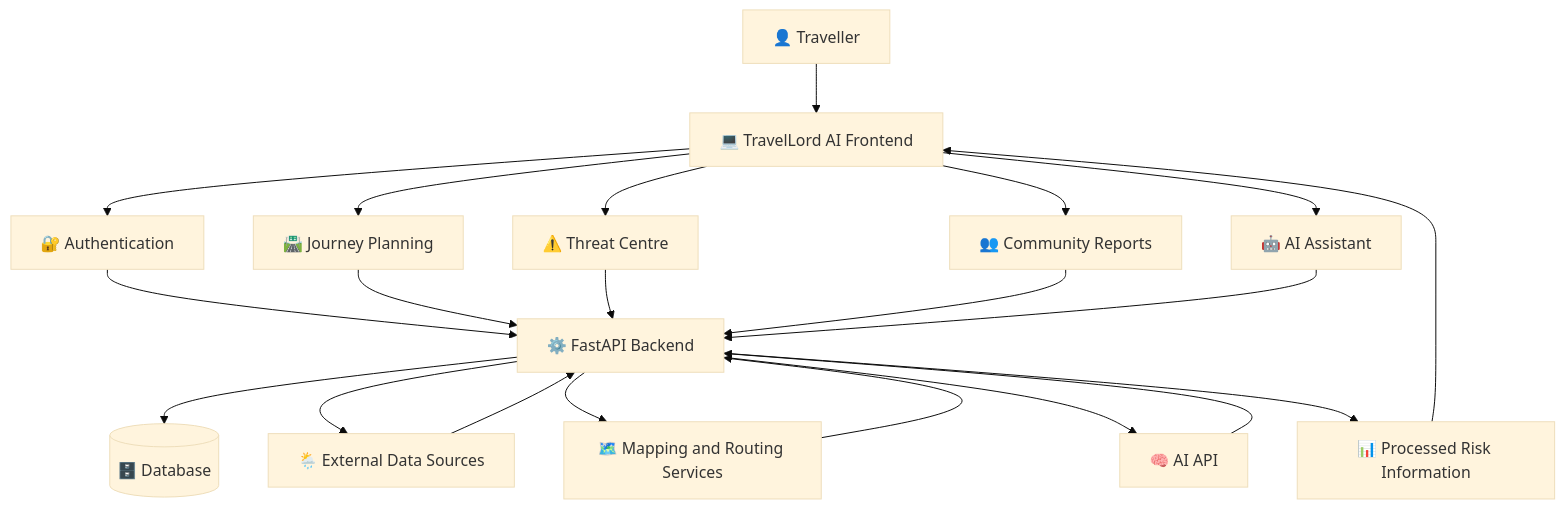
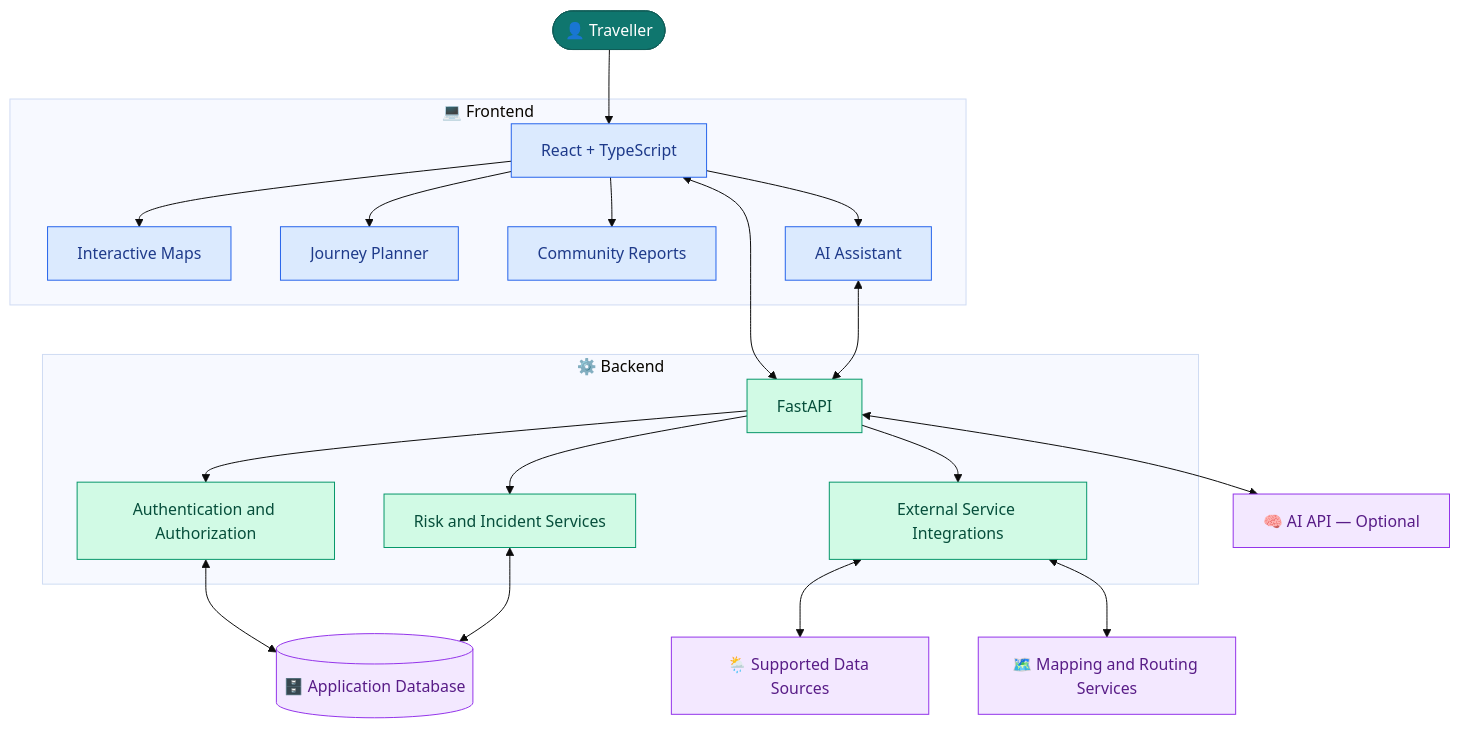
One commit to devakashlakshmanan/TravelLordAI-2026 changed the diagram in README.md. Above: the diagram before and after it, drawn with Mermaid (base theme). The commit also changed other lines of this file, not shown here.

````diff
--- a/README.md
+++ b/README.md
@@ -202,28 +296,52 @@
 ```mermaid
 flowchart TD
-    A["👤 Traveller"] --> B["💻 TravelLord AI Frontend"]
+    U(["👤 Traveller"])
 
-    B --> C["🔐 Authentication"]
-    B --> D["🛣️ Journey Planning"]
-    B --> E["⚠️ Threat Centre"]
-    B --> F["👥 Community Reports"]
-    B --> G["🤖 AI Assistant"]
+    subgraph FRONTEND["💻 Frontend"]
+        UI["React + TypeScript"]
+        MAP["Interactive Maps"]
+        JOURNEY["Journey Planner"]
+        REPORT["Community Reports"]
+        ASSIST["AI Assistant"]
+    end
 
-    C --> H["⚙️ FastAPI Backend"]
-    D --> H
-    E --> H
-    F --> H
-    G --> H
+    subgraph BACKEND["⚙️ Backend"]
+        API["FastAPI"]
+        AUTH["Authentication and Authorization"]
+        RISK["Risk and Incident Services"]
+        INTEGRATION["External Service Integrations"]
+    end
 
-    H --> I[("🗄️ Database")]
-    H --> J["🌦️ External Data Sources"]
-    H --> K["🗺️ Mapping and Routing Services"]
-    H --> L["🧠 AI API"]
+    DB[("🗄️ Application Database")]
+    SOURCES["🌦️ Supported Data Sources"]
+    ROUTING["🗺️ Mapping and Routing Services"]
+    AI["🧠 AI API — Optional"]
 
-    J --> H
-    K --> H
-    L --> H
+    U --> UI
+    UI --> MAP
+    UI --> JOURNEY
+    UI --> REPORT
+    UI --> ASSIST
 
-    H --> M["📊 Processed Risk Information"]
-    M --> B
+    UI <--> API
+    API --> AUTH
+    API --> RISK
+    API --> INTEGRATION
+
+    AUTH <--> DB
+    RISK <--> DB
+    INTEGRATION <--> SOURCES
+    INTEGRATION <--> ROUTING
+    ASSIST <--> API
+    API <--> AI
+
+    classDef user fill:#0F766E,color:#FFFFFF,stroke:#115E59
+    classDef front fill:#DBEAFE,color:#1E3A8A,stroke:#2563EB
+    classDef back fill:#D1FAE5,color:#064E3B,stroke:#059669
+    classDef external fill:#F3E8FF,color:#581C87,stroke:#9333EA
+
+    class U user
+    class UI,MAP,JOURNEY,REPORT,ASSIST front
+    class API,AUTH,RISK,INTEGRATION back
+    class DB,SOURCES,ROUTING,AI external
 ```
````
